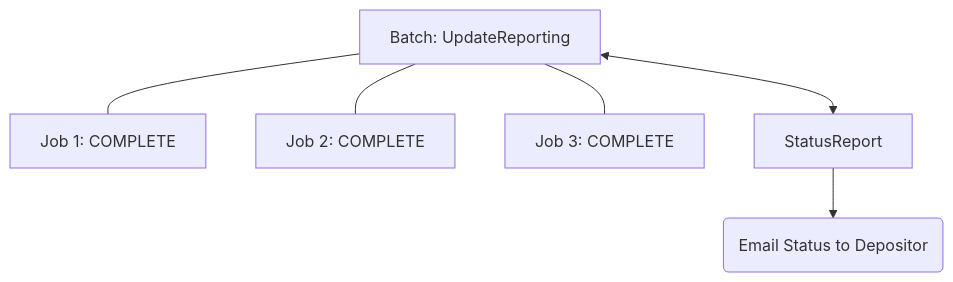
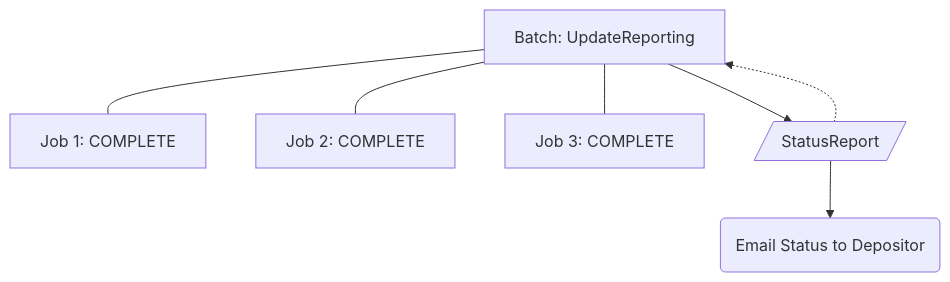
Diagram 32 of 33 in design/queue-2023/use-cases.md (CDLUC3/mrt-doc), drawn with Mermaid before and after one commit. The commit also changed other lines of this file, not shown here.

````diff
--- a/design/queue-2023/use-cases.md
+++ b/design/queue-2023/use-cases.md
@@ -382,13 +387,15 @@
 ```mermaid
 graph TD
   Batch[Batch: UpdateReporting]
   Job1[Job 1: COMPLETE]
   Job2[Job 2: COMPLETE]
   Job3[Job 3: COMPLETE]
   Batch --- Job1
   Batch --- Job2
   Batch --- Job3
-  Batch <--> StatusReport
+  StatusReport[/StatusReport/]
+  Batch --> StatusReport
+  StatusReport -.-> Batch
   Email(Email Status to Depositor)
   StatusReport --> Email
 ```
````
